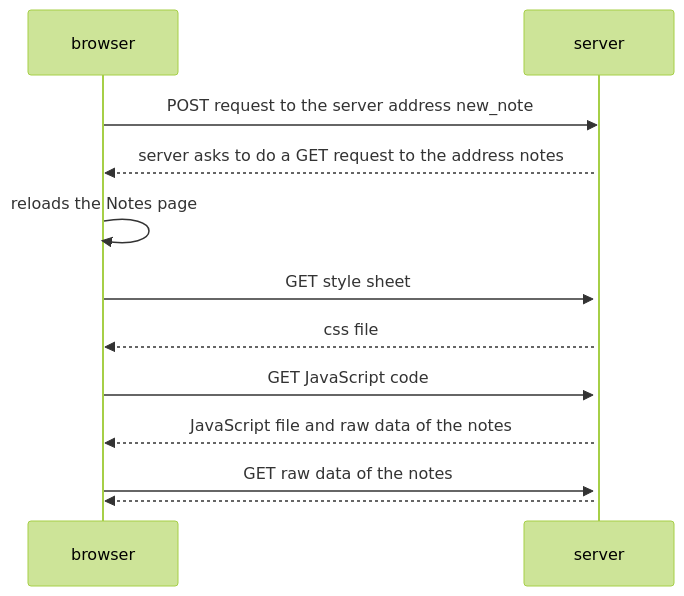
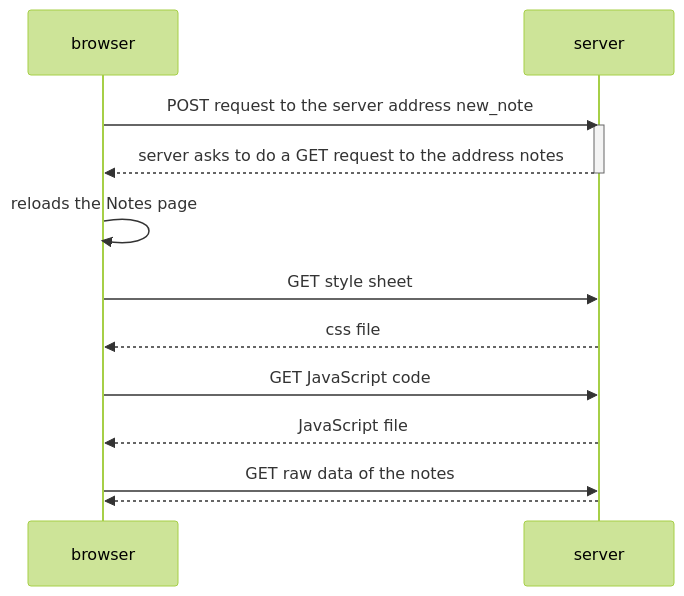
The diagram in Part0.md (early-dew/FullStackOpen), drawn with Mermaid (forest theme) before and after one commit.

````diff
--- a/Part0.md
+++ b/Part0.md
@@ -1,15 +1,16 @@
 ```mermaid
 sequenceDiagram
  participant browser
  participant server
  browser->>server: POST request to the server address new_note
  activate server
  server-->>browser:  server asks to do a GET request to the address notes
+ deactivate server
  browser->>browser: reloads the Notes page
  browser->>server: GET style sheet
  server-->>browser: css file
  browser->>server: GET JavaScript code
- server-->>browser: JavaScript file and raw data of the notes
+ server-->>browser: JavaScript file
  browser->>server: GET raw data of the notes
  server-->>browser: 
 ```
````
